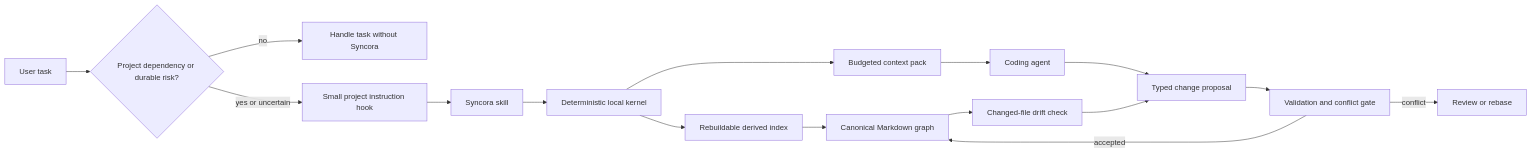
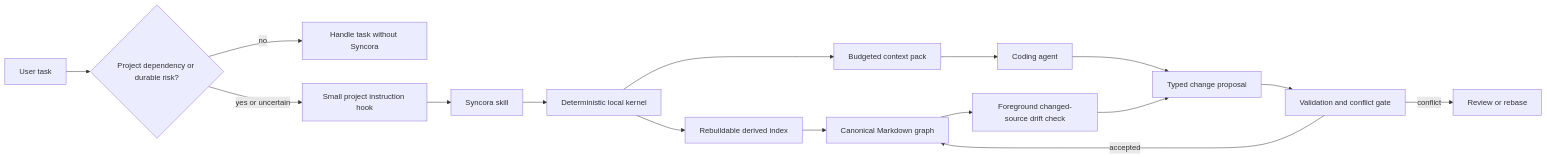
The diagram in docs/skill/architecture.md (rayfould/Syncora), drawn with Mermaid before and after one commit. The commit also changed other lines of this file and 48 other files, not shown here.

Commit message:
feat(drift): add governed foreground source checks

````diff
--- a/docs/skill/architecture.md
+++ b/docs/skill/architecture.md
@@ -117,18 +122,18 @@
 ```mermaid
 flowchart LR
     U["User task"] --> G{"Project dependency or durable risk?"}
     G -->|no| N["Handle task without Syncora"]
     G -->|yes or uncertain| H["Small project instruction hook"]
     H --> S["Syncora skill"]
     S --> K["Deterministic local kernel"]
     K --> I["Rebuildable derived index"]
     I --> M["Canonical Markdown graph"]
     K --> P["Budgeted context pack"]
     P --> A["Coding agent"]
     A --> Q["Typed change proposal"]
     Q --> V["Validation and conflict gate"]
     V -->|accepted| M
     V -->|conflict| R["Review or rebase"]
-    M --> D["Changed-file drift check"]
+    M --> D["Foreground changed-source drift check"]
     D --> Q
 ```
````
